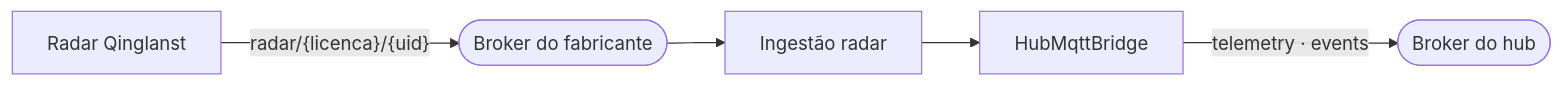
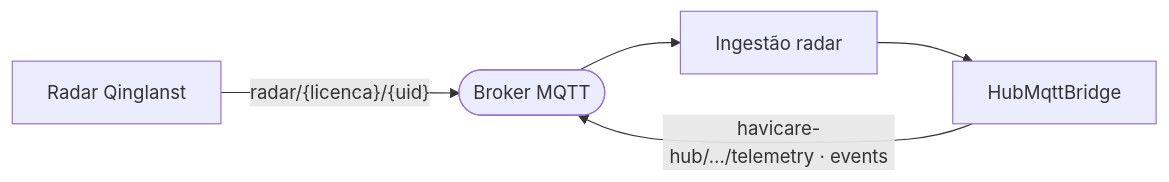
The first of 2 diagrams in docs/04-ingestao-mqtt-radar.md (hvieira512/havicare-hub), drawn with Mermaid before and after one commit. The commit also changed other lines of this file and 1 other file, not shown here.

First line of the commit message:
docs(radar): o `details` das detecções e as chaves do `presence`

````diff
--- a/docs/04-ingestao-mqtt-radar.md
+++ b/docs/04-ingestao-mqtt-radar.md
@@ -19,7 +20,7 @@
 ```mermaid
 flowchart LR
-  R["Radar Qinglanst"] -->|"radar/{licenca}/{uid}"| B1(["Broker do fabricante"])
-  B1 --> H["Ingestão radar"]
+  R["Radar Qinglanst"] -->|"radar/{licenca}/{uid}"| B(["Broker MQTT"])
+  B --> H["Ingestão radar"]
   H --> M["HubMqttBridge"]
-  M -->|"telemetry · events"| B2(["Broker do hub"])
+  M -->|"havicare-hub/…/telemetry · events"| B
 ```
````
